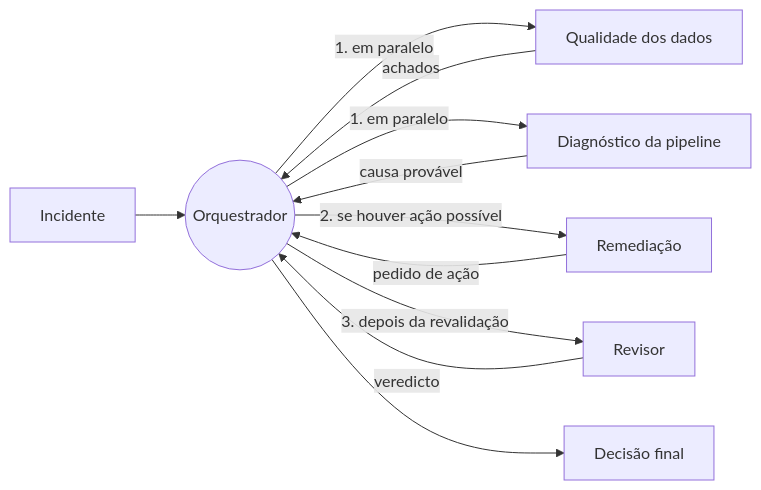
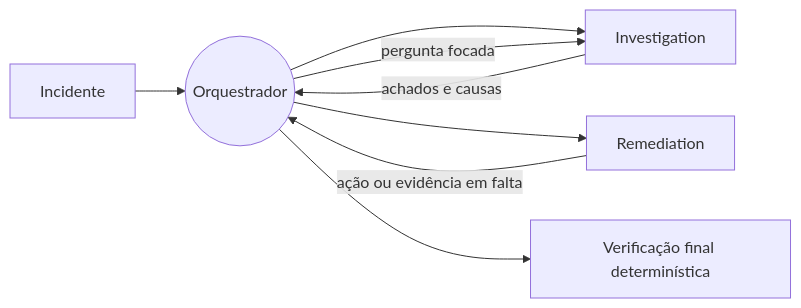
The second of 3 diagrams in projects/agentic-data-quality/como-funciona.md (Mata704/gen-ai-course), drawn with Mermaid before and after one commit. The commit also changed other lines of this file and 18 other files, not shown here.

````diff
--- a/projects/agentic-data-quality/como-funciona.md
+++ b/projects/agentic-data-quality/como-funciona.md
@@ -106,13 +102,10 @@
 ```mermaid
 flowchart LR
     I[Incidente] --> O((Orquestrador))
-    O -- "1. em paralelo" --> QA[Qualidade dos dados]
-    O -- "1. em paralelo" --> PD[Diagnóstico da pipeline]
-    QA -- achados --> O
-    PD -- causa provável --> O
-    O -- "2. se houver ação possível" --> RM[Remediação]
-    RM -- pedido de ação --> O
-    O -- "3. depois da revalidação" --> RV[Revisor]
-    RV -- veredicto --> O
-    O --> R[Decisão final]
+    O --> QA[Investigation]
+    QA -- achados e causas --> O
+    O --> RM[Remediation]
+    RM -- ação ou evidência em falta --> O
+    O -- pergunta focada --> QA
+    O --> R[Verificação final determinística]
 ```
````
